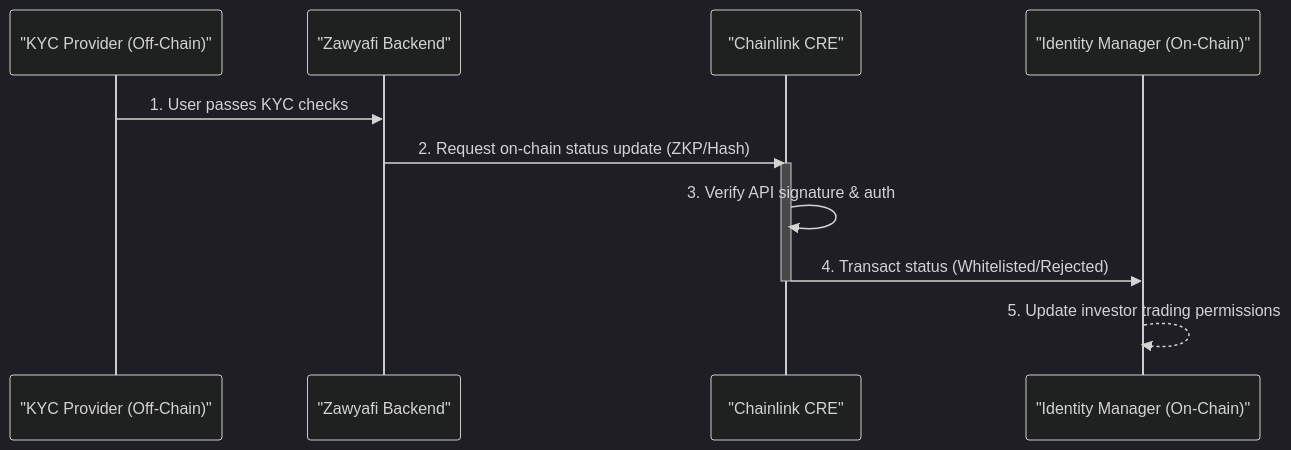
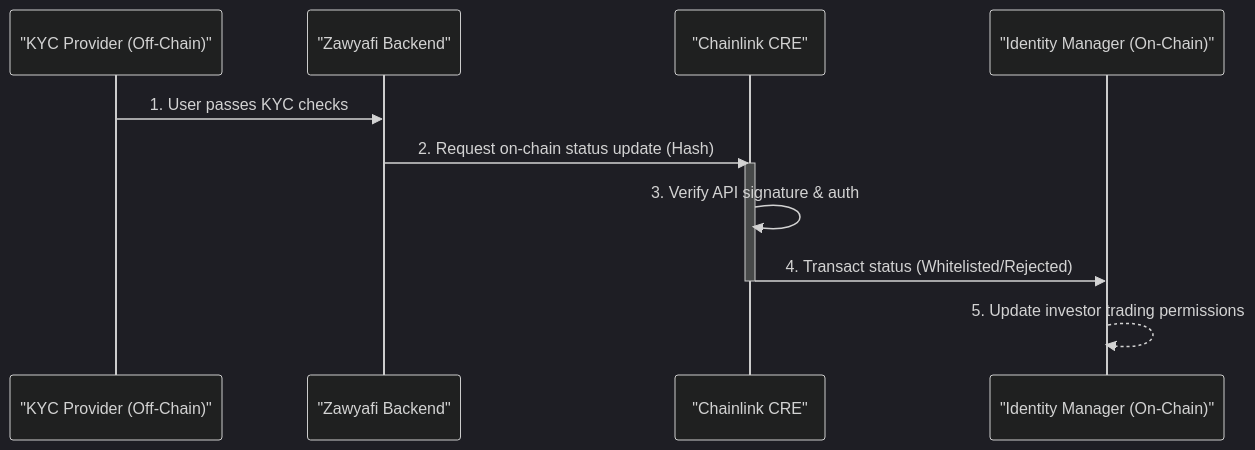
Before and after one commit to nour608/Zawyafi: the third of 4 diagrams in README.md, drawn with Mermaid (dark theme). The commit also changed other lines of this file, not shown here.

````diff
--- a/README.md
+++ b/README.md
@@ -134,15 +134,15 @@
 ```mermaid
 sequenceDiagram
     participant KYC as "KYC Provider (Off-Chain)"
     participant API as "Zawyafi Backend"
     participant CRE as "Chainlink CRE"
     participant SC as "Identity Manager (On-Chain)"
     
     KYC->>API: 1. User passes KYC checks
-    API->>CRE: 2. Request on-chain status update (ZKP/Hash)
+    API->>CRE: 2. Request on-chain status update (Hash)
     activate CRE
     CRE->>CRE: 3. Verify API signature & auth
     CRE->>SC: 4. Transact status (Whitelisted/Rejected)
     deactivate CRE
     SC-->>SC: 5. Update investor trading permissions
 ```
````
